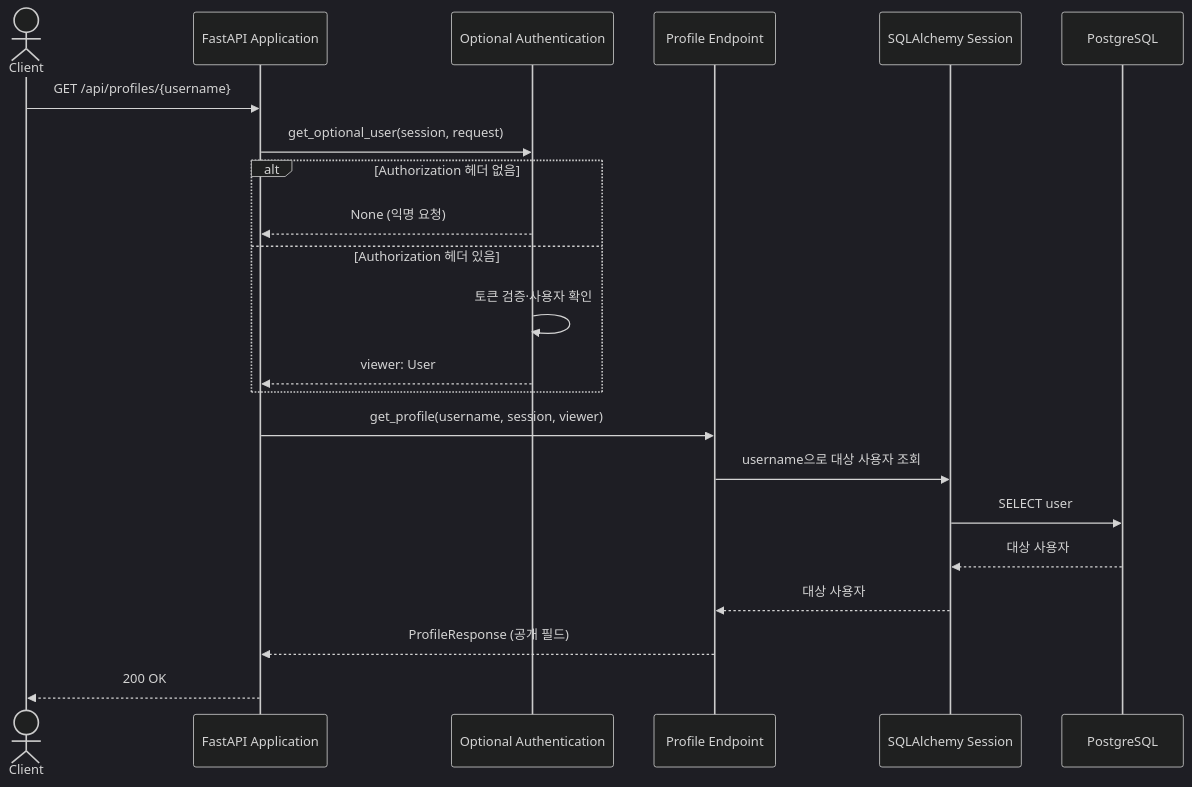
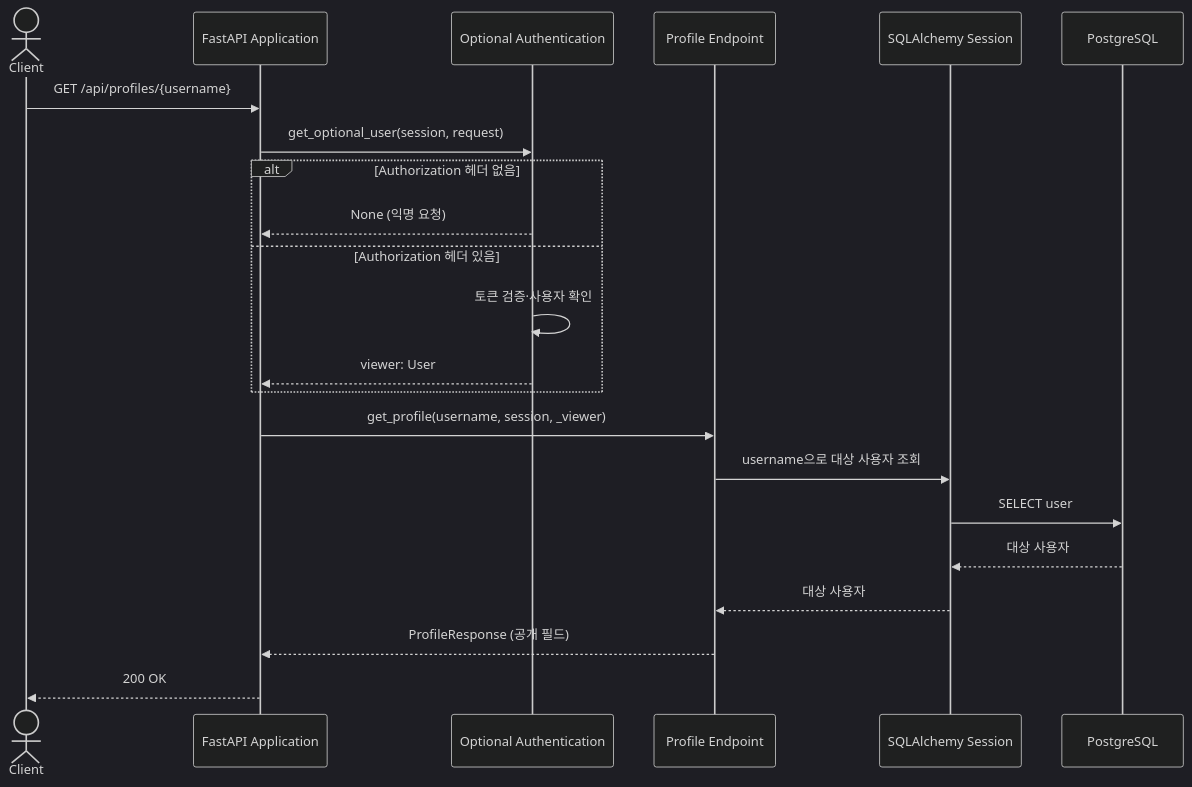
Before and after one commit to chahoseong/realworld-fastapi-backend: the diagram in docs/architecture/flows/public-profile.md, drawn with Mermaid (dark theme). The commit also changed other lines of this file and 14 other files, not shown here.

First line of the commit message:
Refactor documentation for user flows: update public profile, user login, registration, retrieval, and update processes

````diff
--- a/docs/architecture/flows/public-profile.md
+++ b/docs/architecture/flows/public-profile.md
@@ -27,25 +21,25 @@
 ```mermaid
 sequenceDiagram
     actor Client
     participant App as FastAPI Application
     participant Auth as Optional Authentication
     participant Endpoint as Profile Endpoint
     participant Session as SQLAlchemy Session
     participant Database as PostgreSQL
 
     Client->>App: GET /api/profiles/{username}
     App->>Auth: get_optional_user(session, request)
     alt Authorization 헤더 없음
         Auth-->>App: None (익명 요청)
     else Authorization 헤더 있음
         Auth->>Auth: 토큰 검증·사용자 확인
         Auth-->>App: viewer: User
     end
-    App->>Endpoint: get_profile(username, session, viewer)
+    App->>Endpoint: get_profile(username, session, _viewer)
     Endpoint->>Session: username으로 대상 사용자 조회
     Session->>Database: SELECT user
     Database-->>Session: 대상 사용자
     Session-->>Endpoint: 대상 사용자
     Endpoint-->>App: ProfileResponse (공개 필드)
     App-->>Client: 200 OK
 ```
````
